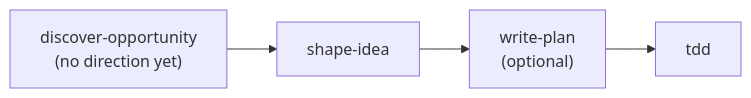
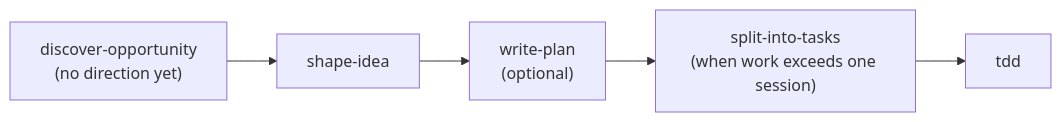
Before and after one commit to toy-crane/skills: the diagram in README.md, drawn with Mermaid. The commit also changed other lines of this file and 6 other files, not shown here.

First line of the commit message:
feat(split-into-tasks): add session-grain task splitting skill

````diff
--- a/README.md
+++ b/README.md
@@ -46,6 +46,7 @@
 ```mermaid
 flowchart LR
     DO["discover-opportunity<br/>(no direction yet)"] --> SI[shape-idea]
-    SI --> DP["write-plan<br/>(optional)"]
-    DP --> TDD[tdd]
+    SI --> WP["write-plan<br/>(optional)"]
+    WP --> ST["split-into-tasks<br/>(when work exceeds one session)"]
+    ST --> TDD[tdd]
 ```
````
